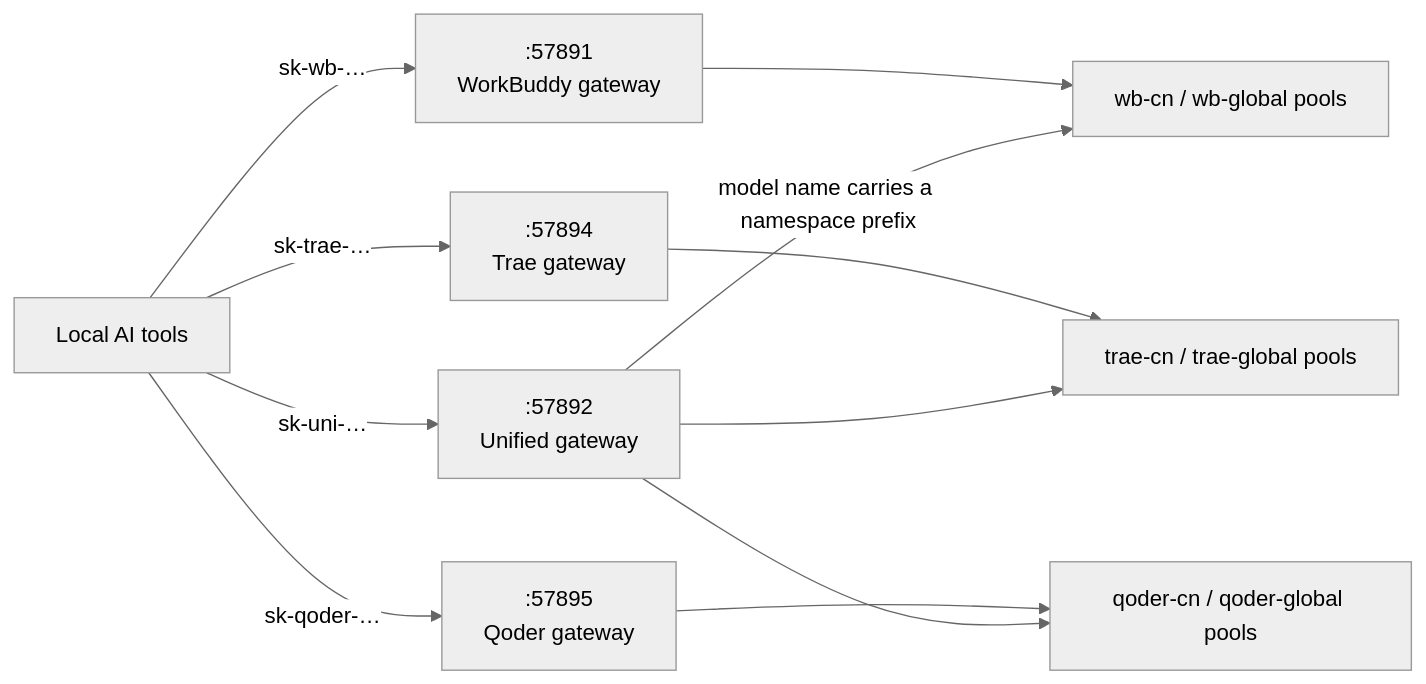
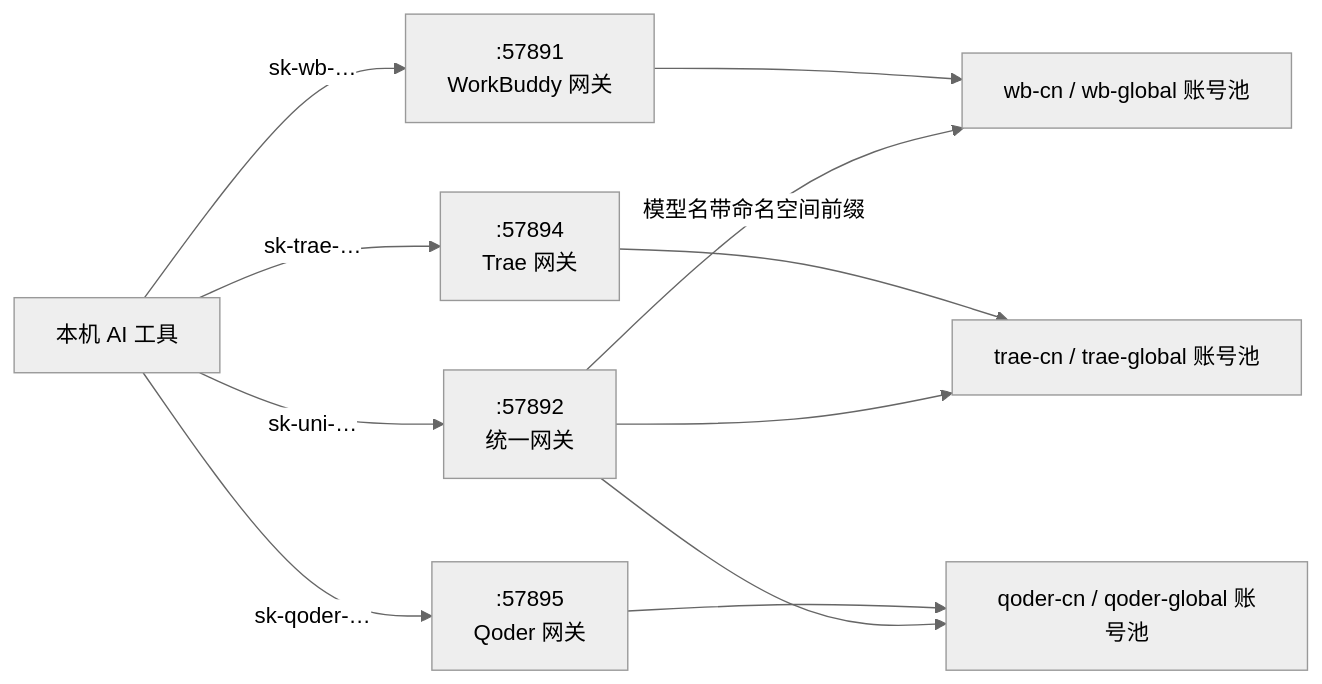
One commit to LittleOrange-i/trae-workbuddy-switch changed the third of 4 diagrams in README.md. Above: the diagram before and after it, drawn with Mermaid (neutral theme). The commit also changed other lines of this file and 7 other files, not shown here.

````diff
--- a/README.md
+++ b/README.md
@@ -292,13 +295,13 @@
 ```mermaid
 flowchart LR
-    C["Local AI tools"] -->|"sk-wb-…"| G1[":57891<br/>WorkBuddy gateway"]
-    C -->|"sk-trae-…"| G2[":57894<br/>Trae gateway"]
-    C -->|"sk-qoder-…"| G3[":57895<br/>Qoder gateway"]
-    C -->|"sk-uni-…"| G4[":57892<br/>Unified gateway"]
-    G1 --> P1["wb-cn / wb-global pools"]
-    G2 --> P2["trae-cn / trae-global pools"]
-    G3 --> P3["qoder-cn / qoder-global pools"]
-    G4 -->|"model name carries a namespace prefix"| P1
+    C["本机 AI 工具"] -->|"sk-wb-…"| G1[":57891<br/>WorkBuddy 网关"]
+    C -->|"sk-trae-…"| G2[":57894<br/>Trae 网关"]
+    C -->|"sk-qoder-…"| G3[":57895<br/>Qoder 网关"]
+    C -->|"sk-uni-…"| G4[":57892<br/>统一网关"]
+    G1 --> P1["wb-cn / wb-global 账号池"]
+    G2 --> P2["trae-cn / trae-global 账号池"]
+    G3 --> P3["qoder-cn / qoder-global 账号池"]
+    G4 -->|"模型名带命名空间前缀"| P1
     G4 --> P2
     G4 --> P3
 ```
````
